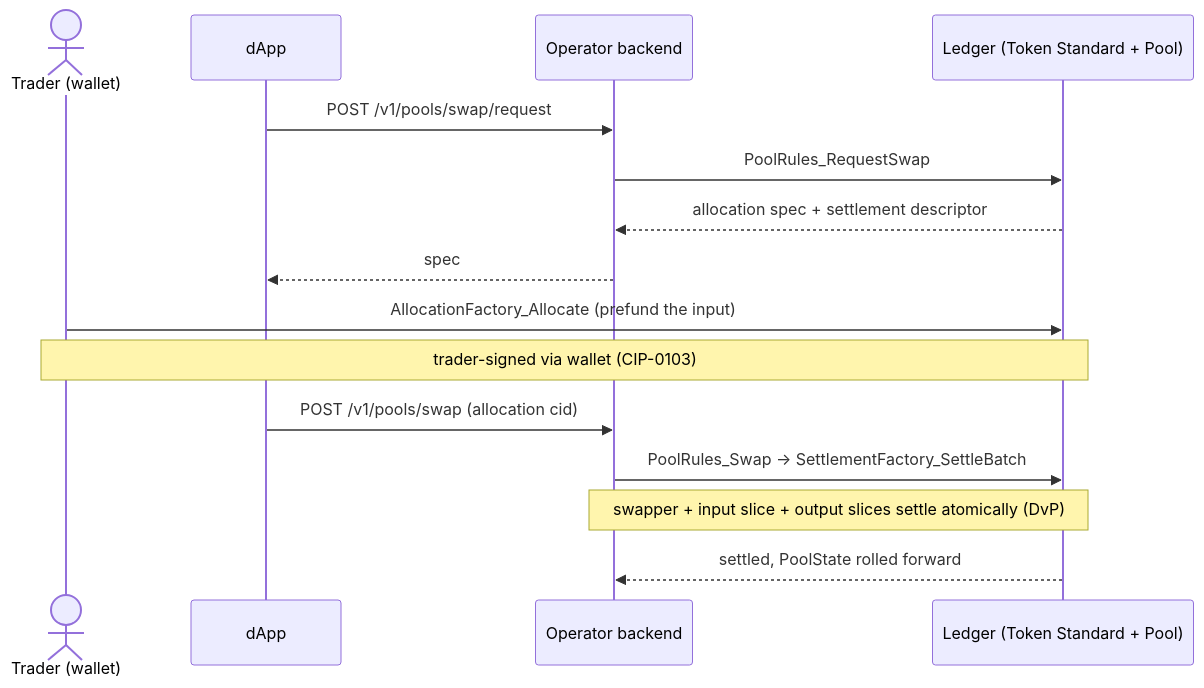
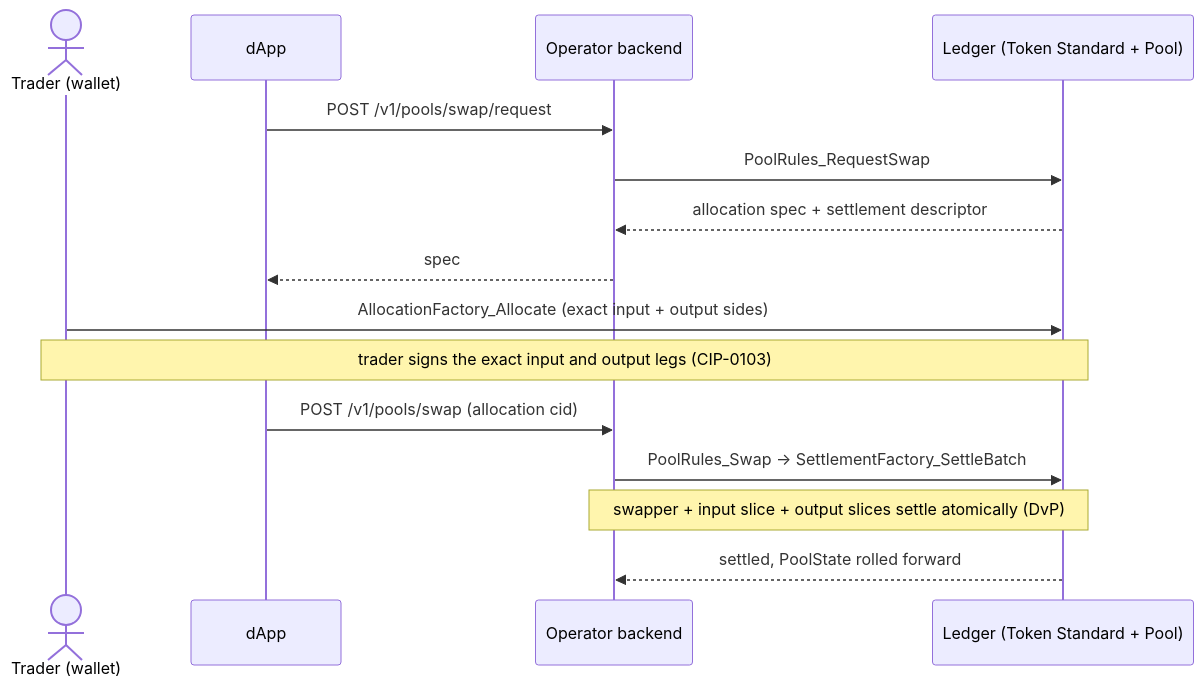
One commit to srikanth-bitdynamics/Canton-Dex-Reference-Implementation changed the first of 5 diagrams in docs/concepts/workflows.md. Above: the diagram before and after it, drawn with Mermaid. The commit also changed other lines of this file and 41 other files, not shown here.

````diff
--- a/docs/concepts/workflows.md
+++ b/docs/concepts/workflows.md
@@ -101,17 +104,17 @@
 ```mermaid
 sequenceDiagram
     actor T as Trader (wallet)
     participant D as dApp
     participant O as Operator backend
     participant L as Ledger (Token Standard + Pool)
     D->>O: POST /v1/pools/swap/request
     O->>L: PoolRules_RequestSwap
     L-->>O: allocation spec + settlement descriptor
     O-->>D: spec
-    T->>L: AllocationFactory_Allocate (prefund the input)
-    Note over T,L: trader-signed via wallet (CIP-0103)
+    T->>L: AllocationFactory_Allocate (exact input + output sides)
+    Note over T,L: trader signs the exact input and output legs (CIP-0103)
     D->>O: POST /v1/pools/swap (allocation cid)
     O->>L: PoolRules_Swap -> SettlementFactory_SettleBatch
     Note over O,L: swapper + input slice + output slices settle atomically (DvP)
     L-->>O: settled, PoolState rolled forward
 ```
````
